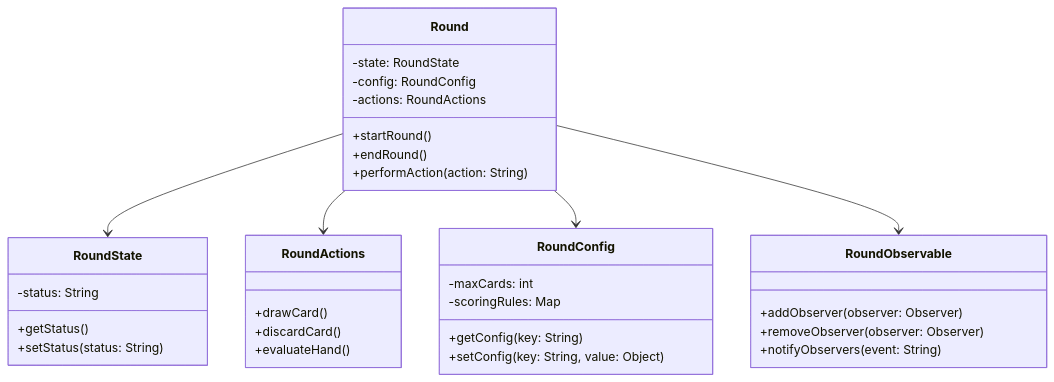
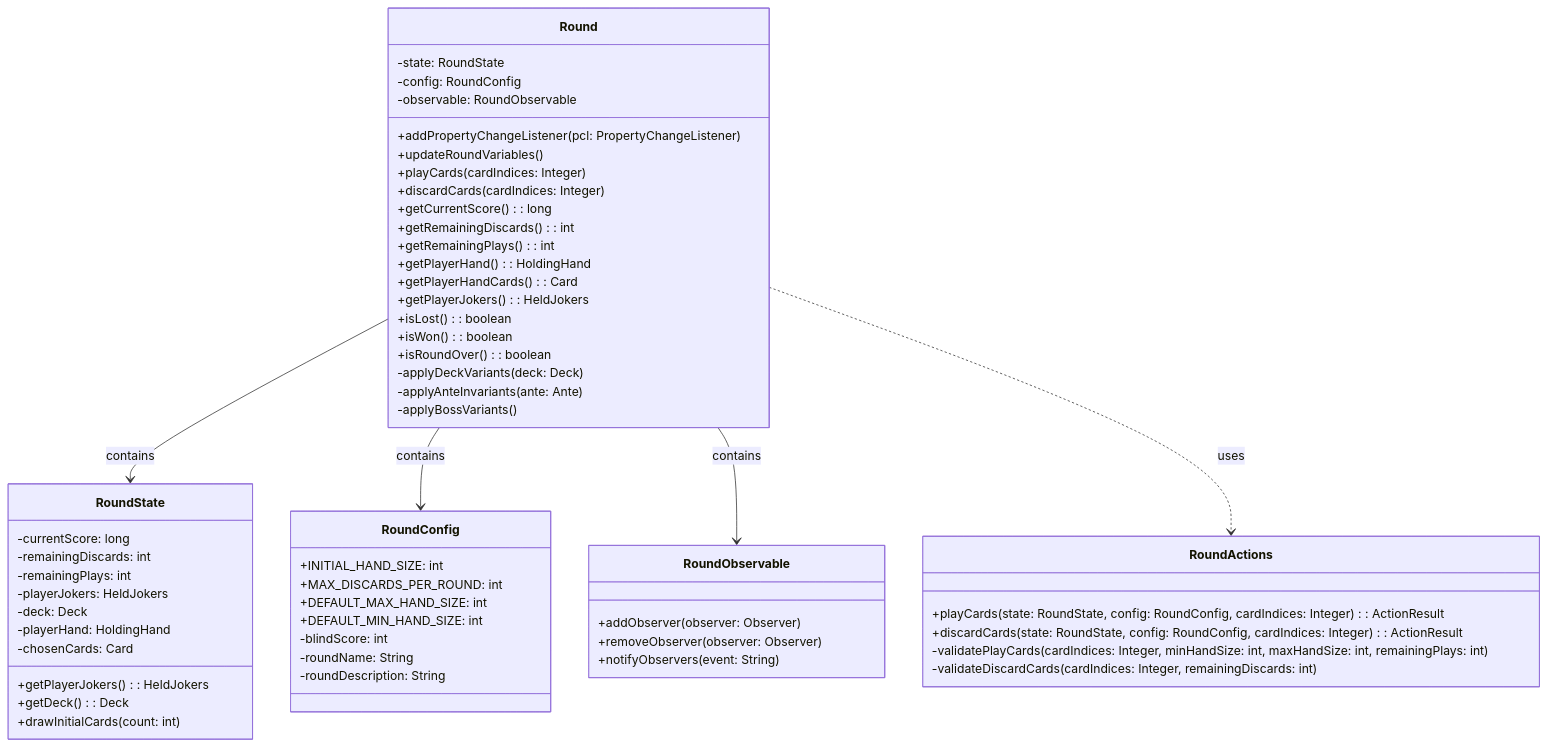
Diagram 11 of 12 in docs/DeveloperGuide.md (jwyk/tp), drawn with Mermaid before and after one commit. The commit also changed other lines of this file, not shown here.

Commit message:
Enhance Round Component documentation with updated class and sequence diagrams

````diff
--- a/docs/DeveloperGuide.md
+++ b/docs/DeveloperGuide.md
@@ -483,41 +482,65 @@
-```mermaid
+``` mermaid
 classDiagram
     class Round {
         -state: RoundState
         -config: RoundConfig
-        -actions: RoundActions
-        +startRound()
-        +endRound()
-        +performAction(action: String)
+        -observable: RoundObservable
+        +addPropertyChangeListener(pcl: PropertyChangeListener)
+        +updateRoundVariables()
+        +playCards(cardIndices: Integer)
+        +discardCards(cardIndices: Integer)
+        +getCurrentScore(): long
+        +getRemainingDiscards(): int
+        +getRemainingPlays(): int
+        +getPlayerHand(): HoldingHand
+        +getPlayerHandCards(): Card
+        +getPlayerJokers(): HeldJokers
+        +isLost(): boolean
+        +isWon(): boolean
+        +isRoundOver(): boolean
+        -applyDeckVariants(deck: Deck)
+        -applyAnteInvariants(ante: Ante)
+        -applyBossVariants()
     }
 
     class RoundState {
-        -status: String
-        +getStatus()
-        +setStatus(status: String)
+        -currentScore: long
+        -remainingDiscards: int
+        -remainingPlays: int
+        -playerJokers: HeldJokers
+        -deck: Deck
+        -playerHand: HoldingHand
+        -chosenCards: Card
+        +getPlayerJokers(): HeldJokers
+        +getDeck(): Deck
+        +drawInitialCards(count: int)
+    }
+
+    class RoundConfig {
+        +INITIAL_HAND_SIZE: int
+        +MAX_DISCARDS_PER_ROUND: int
+        +DEFAULT_MAX_HAND_SIZE: int
+        +DEFAULT_MIN_HAND_SIZE: int
+        -blindScore: int
+        -roundName: String
+        -roundDescription: String
     }
 
     class RoundActions {
-        +drawCard()
-        +discardCard()
-        +evaluateHand()
-    }
-
-    class RoundConfig {
-        -maxCards: int
-        -scoringRules: Map
-        +getConfig(key: String)
-        +setConfig(key: String, value: Object)
+        +playCards(state: RoundState, config: RoundConfig, cardIndices: Integer): ActionResult
+        +discardCards(state: RoundState, config: RoundConfig, cardIndices: Integer): ActionResult
+        -validatePlayCards(cardIndices: Integer, minHandSize: int, maxHandSize: int, remainingPlays: int)
+        -validateDiscardCards(cardIndices: Integer, remainingDiscards: int)
     }
 
     class RoundObservable {
         +addObserver(observer: Observer)
         +removeObserver(observer: Observer)
         +notifyObservers(event: String)
     }
 
-    Round --> RoundState
-    Round --> RoundActions
-    Round --> RoundConfig
-    Round --> RoundObservable
+    Round --> RoundState: contains
+    Round --> RoundConfig: contains
+    Round --> RoundObservable: contains
+    Round ..> RoundActions: uses
 ```
````
